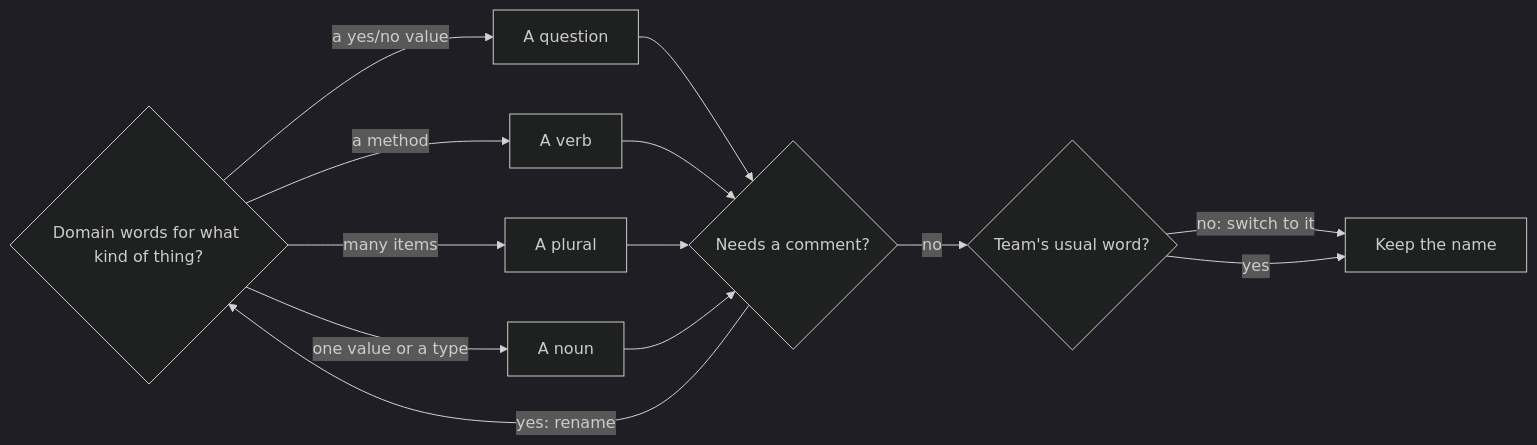
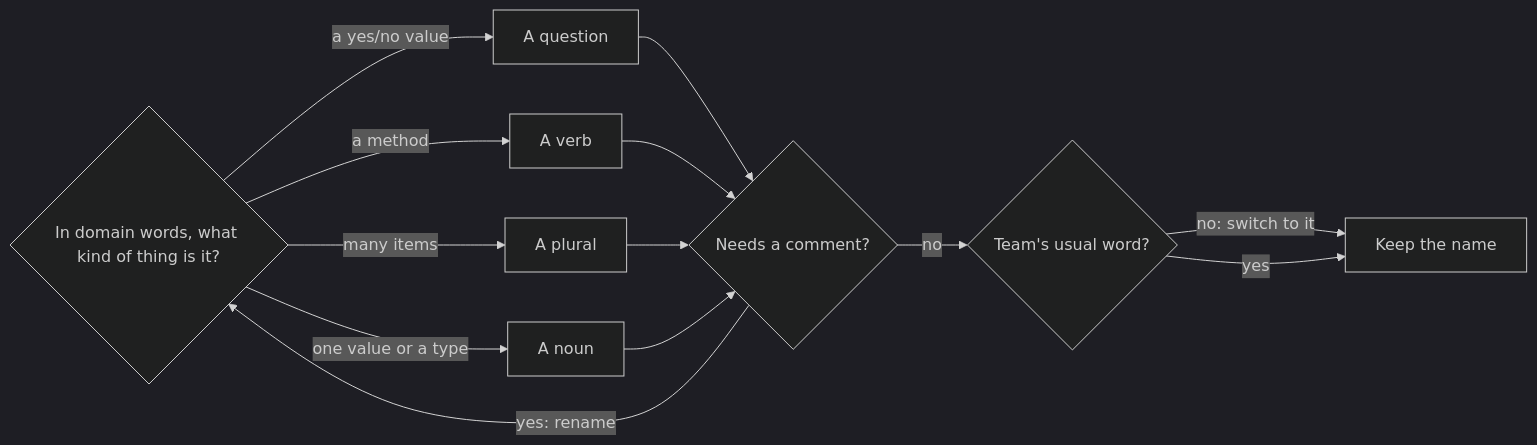
Before and after one commit to duyan11110/lo-trinh-architect: the diagram in content/tracks/foundation/clean-code/foundation.l1.naming.en.md, drawn with Mermaid (dark theme). The commit also changed other lines of this file and 314 other files, not shown here.

````diff
--- a/content/tracks/foundation/clean-code/foundation.l1.naming.en.md
+++ b/content/tracks/foundation/clean-code/foundation.l1.naming.en.md
@@ -43,16 +43,16 @@
 ```mermaid
 flowchart LR
-  A{"Domain words for what kind of thing?"}
+  A{"In domain words, what kind of thing is it?"}
   A -->|"a yes/no value"| C["A question"]
   A -->|"a method"| D["A verb"]
   A -->|"many items"| E["A plural"]
   A -->|"one value or a type"| N["A noun"]
   C --> F{"Needs a comment?"}
   D --> F
   E --> F
   N --> F
   F -->|"yes: rename"| A
   F -->|"no"| G{"Team's usual word?"}
   G -->|"no: switch to it"| H["Keep the name"]
   G -->|"yes"| H
 ```
````
